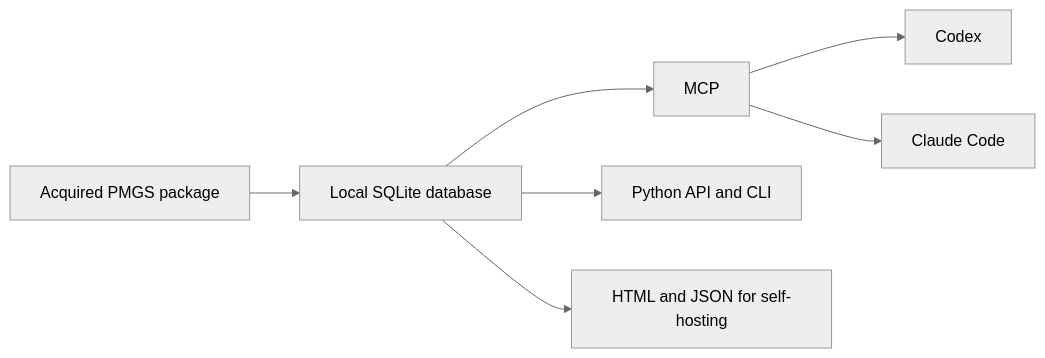
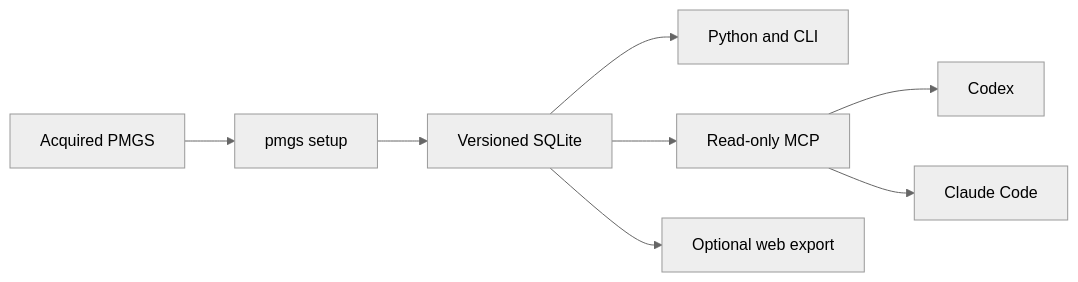
One commit to Nagi-Inaba/pmgs-reference changed the diagram in README.en.md. Above: the diagram before and after it, drawn with Mermaid (neutral theme). The commit also changed other lines of this file and 39 other files, not shown here.

First line of the commit message:
feat: add transactional pmgs setup

````diff
--- a/README.en.md
+++ b/README.en.md
@@ -21,9 +67,10 @@
 ```mermaid
 flowchart LR
-    A["Acquired PMGS package"] --> B["Local SQLite database"]
-    B --> C["MCP"]
-    C --> D["Codex"]
-    C --> E["Claude Code"]
-    B --> F["Python API and CLI"]
-    B --> G["HTML and JSON for self-hosting"]
+    A["Acquired PMGS"] --> B["pmgs setup"]
+    B --> C["Versioned SQLite"]
+    C --> D["Python and CLI"]
+    C --> E["Read-only MCP"]
+    E --> F["Codex"]
+    E --> G["Claude Code"]
+    C --> H["Optional web export"]
 ```
````
